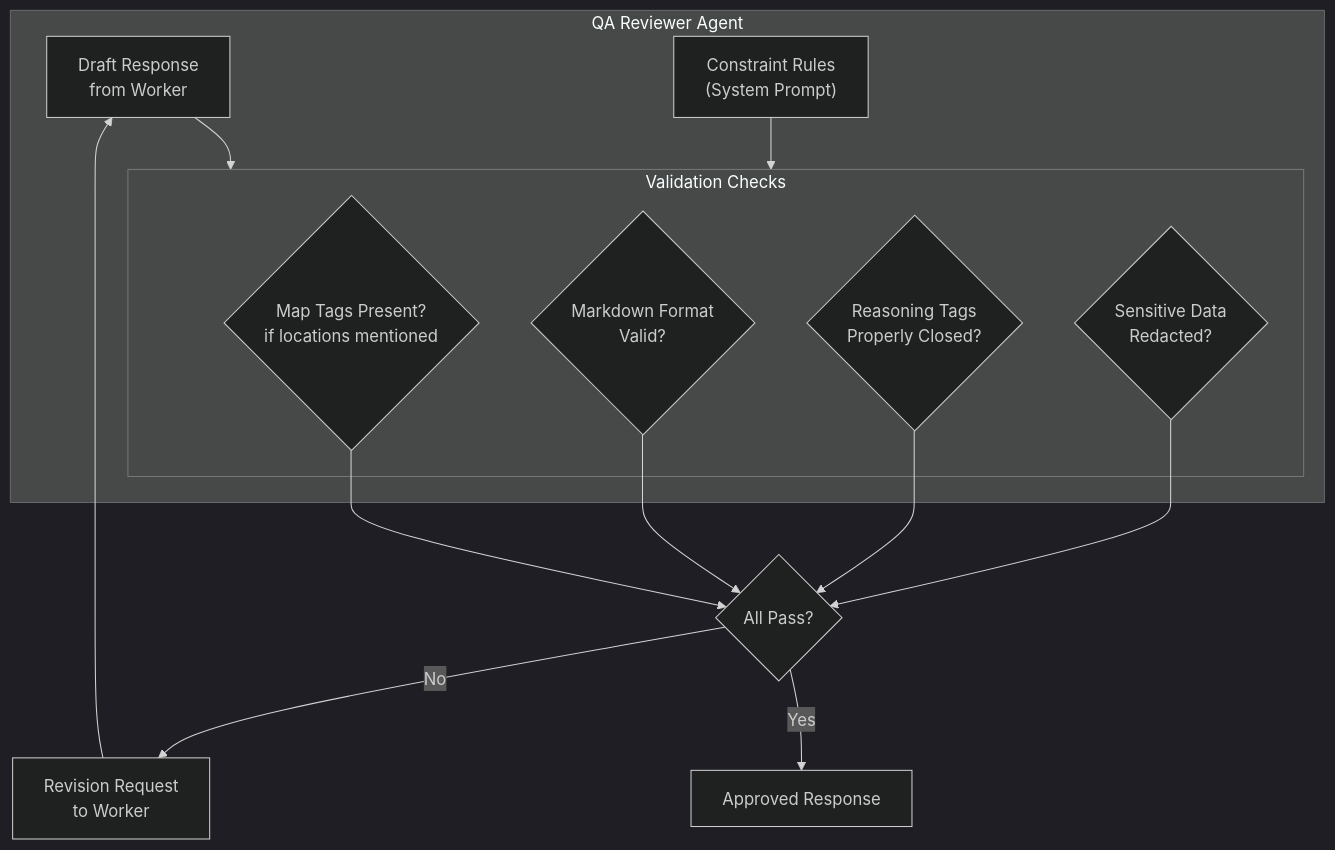
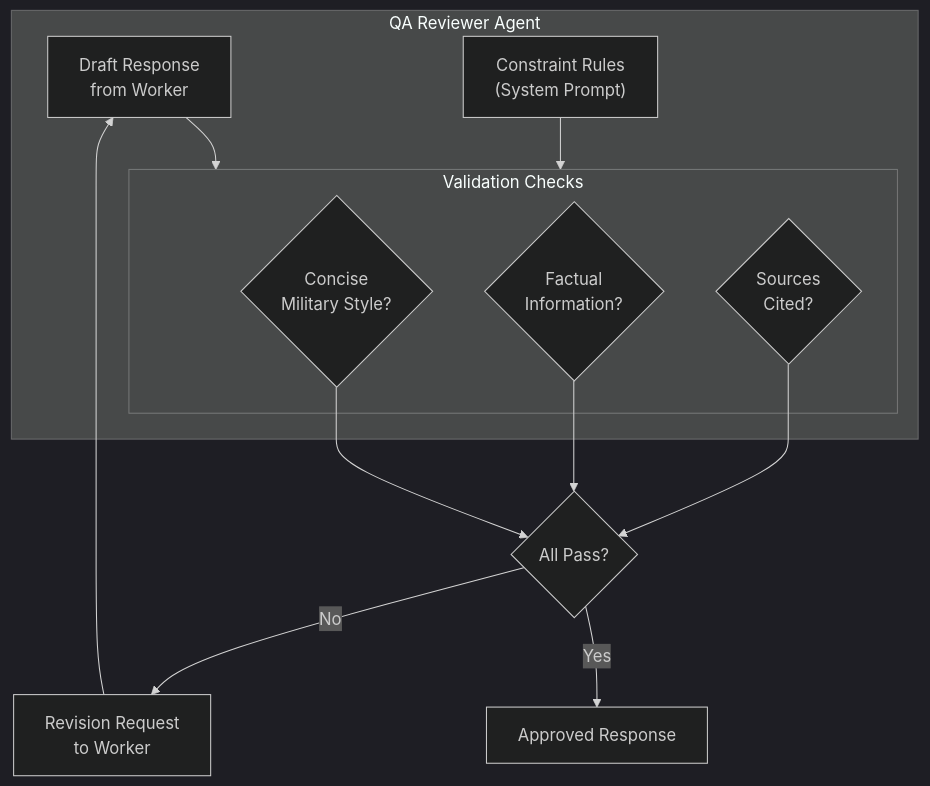
Before and after one commit to fbaierl/geo-vision-lab: the fifth of 8 diagrams in docs/agent_workflow.md, drawn with Mermaid. The commit also changed other lines of this file and 8 other files, not shown here.

````diff
--- a/docs/agent_workflow.md
+++ b/docs/agent_workflow.md
@@ -225,28 +230,26 @@
 ```mermaid
 %%{init: {'theme': 'dark'}}%%
 graph TD
     subgraph Reviewer["QA Reviewer Agent"]
         INPUT["Draft Response<br/>from Worker"]
         RULES["Constraint Rules<br/>(System Prompt)"]
         CHECK["Validation Checks"]
     end
 
     INPUT --> CHECK
     RULES --> CHECK
 
     subgraph CHECK["Validation Checks"]
-        C1{Map Tags Present?<br/>if locations mentioned}
-        C2{Markdown Format<br/>Valid?}
-        C3{Reasoning Tags<br/>Properly Closed?}
-        C4{Sensitive Data<br/>Redacted?}
+        C1{Concise<br/>Military Style?}
+        C2{Factual<br/>Information?}
+        C3{Sources<br/>Cited?}
     end
 
     C1 --> PASS{All Pass?}
     C2 --> PASS
     C3 --> PASS
-    C4 --> PASS
 
     PASS -->|Yes| OUTPUT["Approved Response"]
     PASS -->|No| REVISE["Revision Request<br/>to Worker"]
     REVISE --> INPUT
 ```
````
